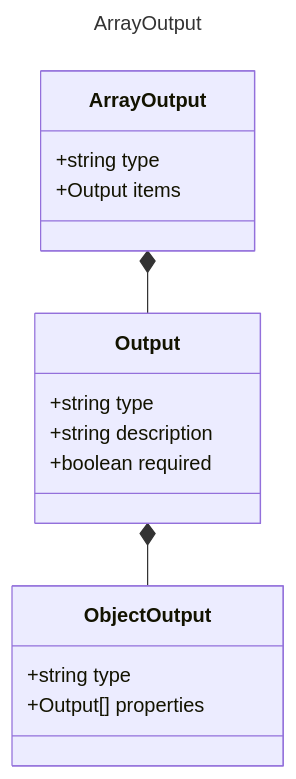
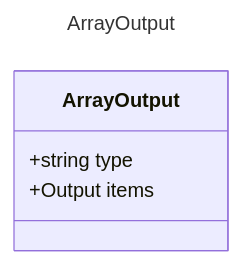
One commit to microsoft/prompty changed the diagram in specification/prompty/docs/ArrayOutput.md. Above: the diagram before and after it, drawn with Mermaid. The commit also changed 22 other files, not shown here.

Commit message:
corrected class diagrams

````diff
--- a/specification/prompty/docs/ArrayOutput.md
+++ b/specification/prompty/docs/ArrayOutput.md
@@ -8,21 +8,10 @@
 ```mermaid
 ---
 title: ArrayOutput
 ---
 classDiagram
-    class Output {
-        +string type
-        +string description
-        +boolean required
-    }
-    class ObjectOutput {
-        +string type
-        +Output[] properties
-    }
     class ArrayOutput {
         +string type
         +Output items
     }
-    ArrayOutput *-- Output
-    Output *-- ObjectOutput
 ```
````
